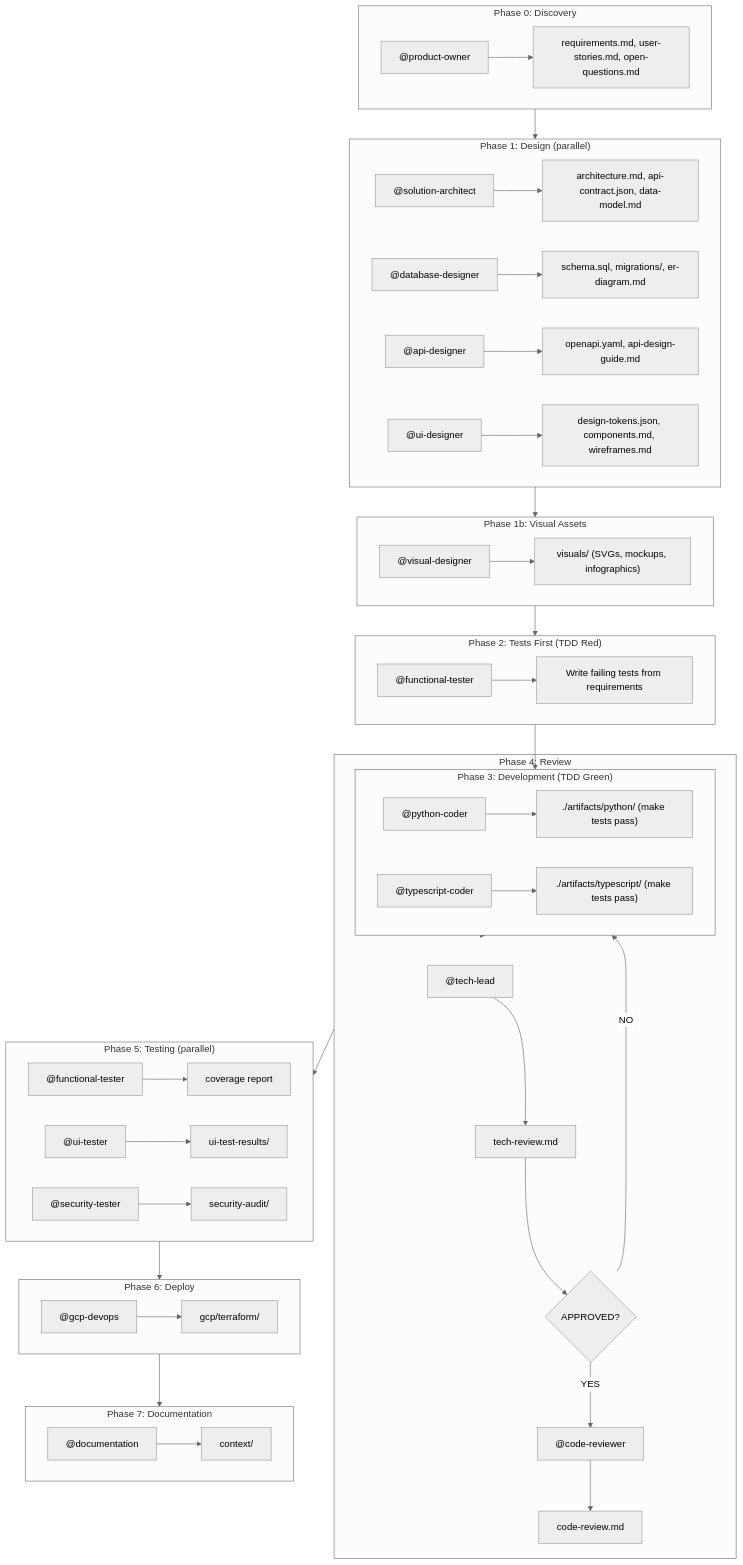
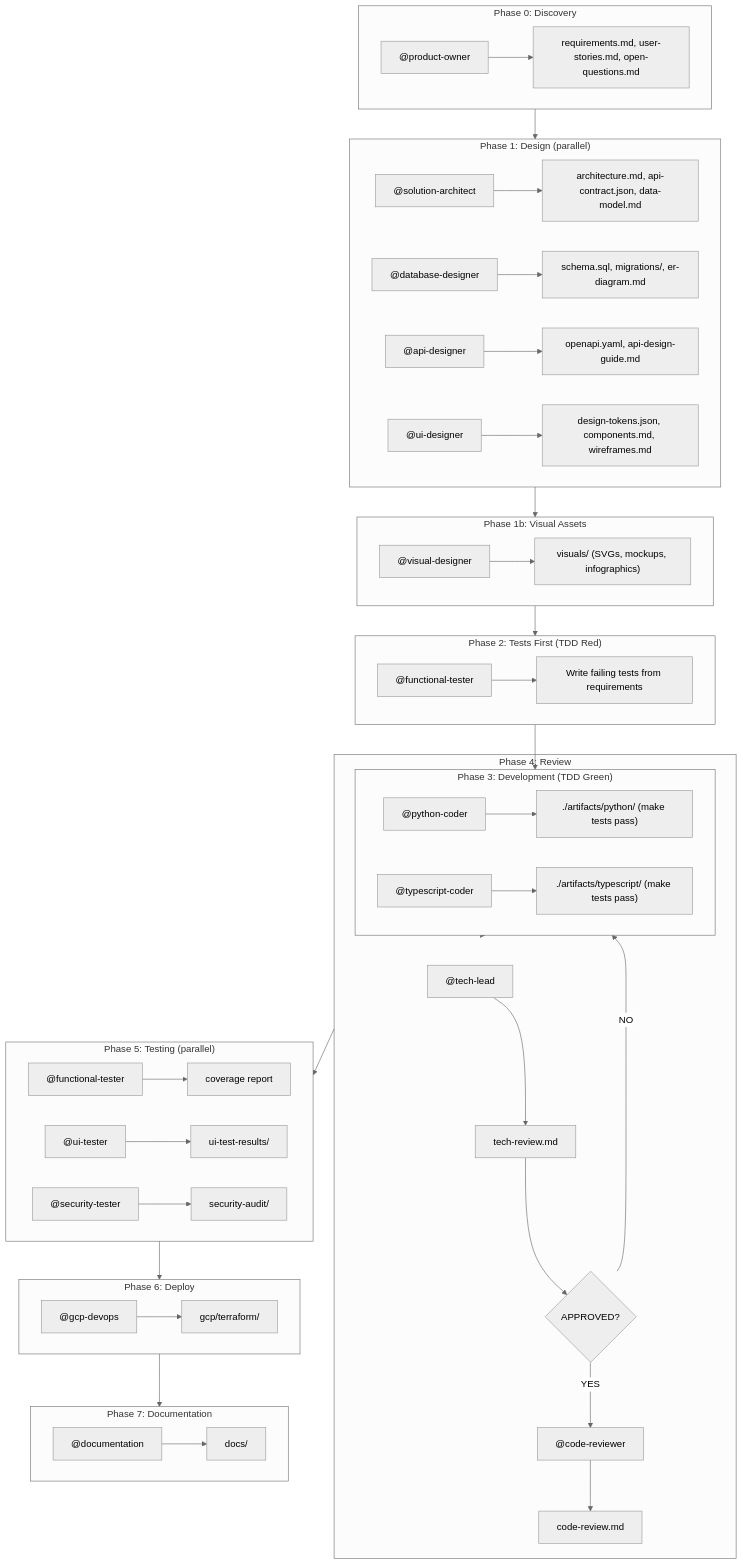
One commit to Schmoiger/start-here changed the first of 9 diagrams in context/agents/CLAUDE.md. Above: the diagram before and after it, drawn with Mermaid (neutral theme). The commit also changed other lines of this file and 9 other files, not shown here.

```diff
--- a/context/agents/CLAUDE.md
+++ b/context/agents/CLAUDE.md
@@ -98,7 +98,7 @@
 
     subgraph Phase7["Phase 7: Documentation"]
         DOC["@documentation"]
-        DOC_OUT["context/"]
+        DOC_OUT["docs/"]
         DOC --> DOC_OUT
     end
 
```
